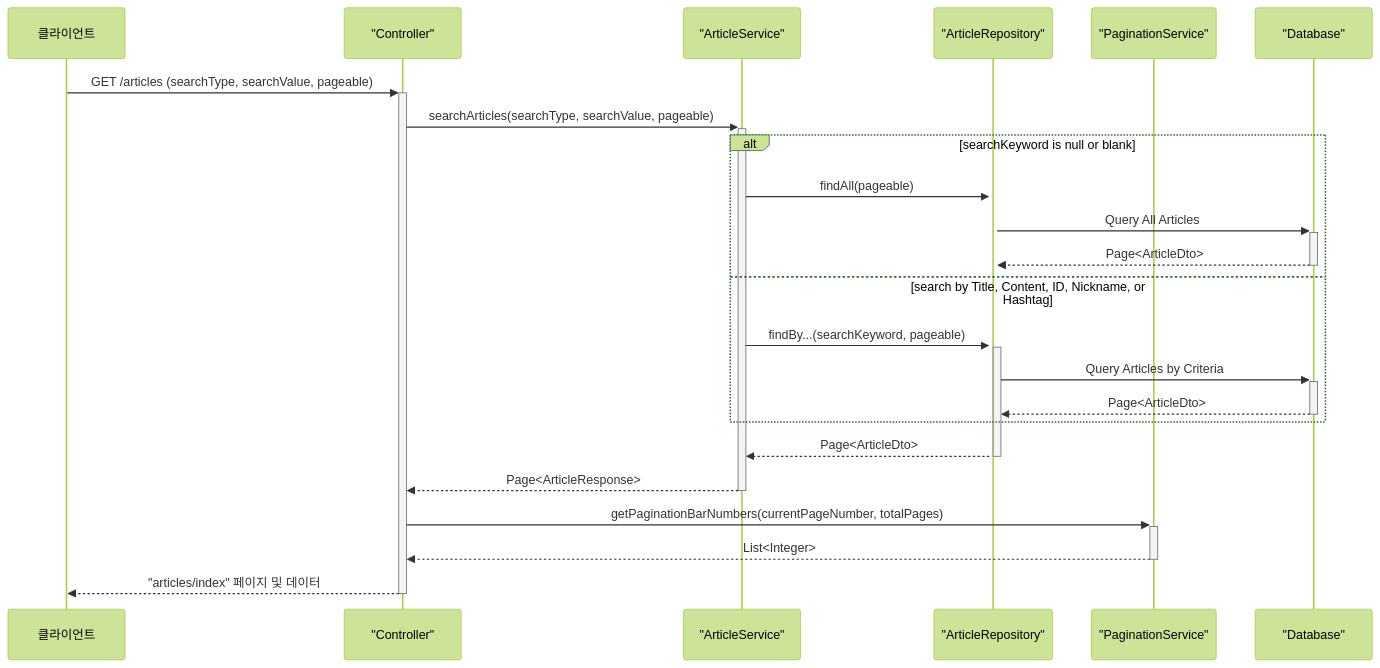
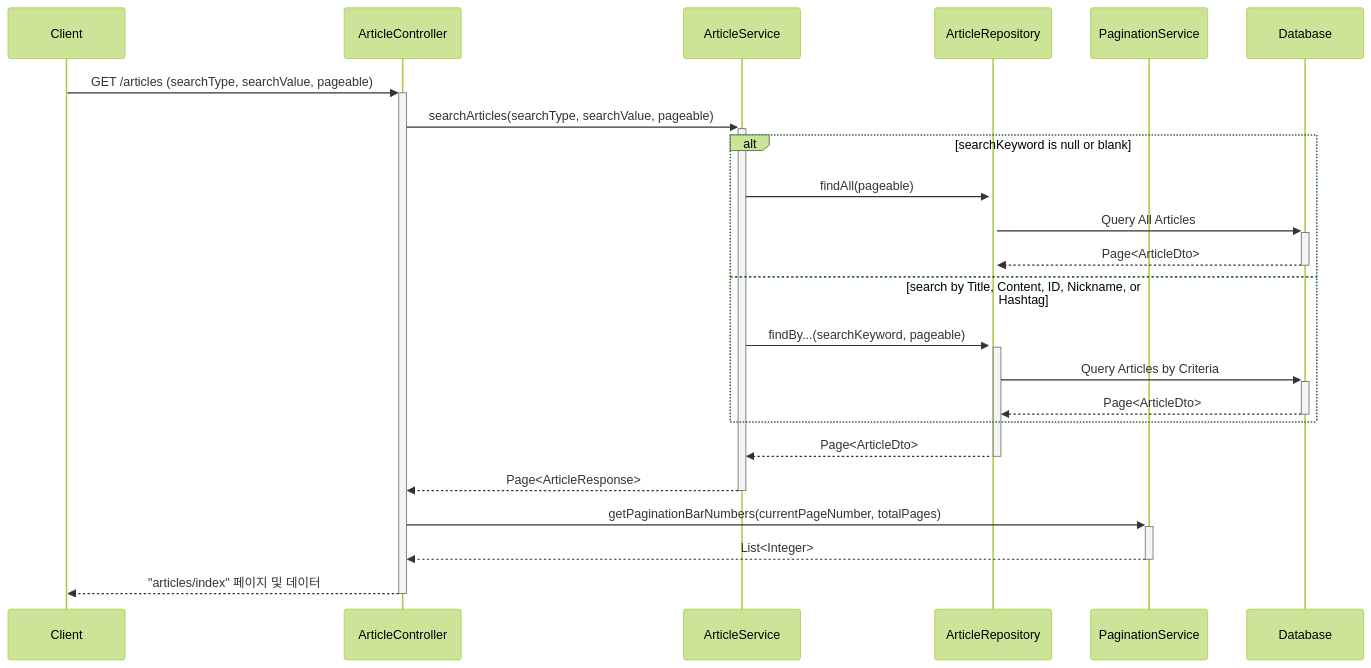
One commit to flyingRKO/study-project changed the third of 9 diagrams in README.md. Above: the diagram before and after it, drawn with Mermaid (forest theme). The commit also changed other lines of this file, not shown here.

````diff
--- a/README.md
+++ b/README.md
@@ -106,26 +96,26 @@
 ```mermaid
 sequenceDiagram
-    participant 클라이언트
-    participant 컨트롤러 as "Controller"
-    participant 아티클서비스 as "ArticleService"
-    participant 아티클리포지토리 as "ArticleRepository"
-    participant 페이지네이션서비스 as "PaginationService"
-    participant 데이터베이스 as "Database"
+    participant 클라이언트 as Client
+    participant 컨트롤러 as ArticleController
+    participant 아티클서비스 as ArticleService
+    participant 아티클리포지토리 as ArticleRepository
+    participant 페이지네이션서비스 as PaginationService
+    participant 데이터베이스 as Database
 
     클라이언트->>+컨트롤러: GET /articles (searchType, searchValue, pageable)
     컨트롤러->>+아티클서비스: searchArticles(searchType, searchValue, pageable)
     alt searchKeyword is null or blank
         아티클서비스->>+아티클리포지토리: findAll(pageable)
         아티클리포지토리->>+데이터베이스: Query All Articles
         데이터베이스-->>-아티클리포지토리: Page<ArticleDto>
     else search by Title, Content, ID, Nickname, or Hashtag
         아티클서비스->>+아티클리포지토리: findBy...(searchKeyword, pageable)
         아티클리포지토리->>+데이터베이스: Query Articles by Criteria
         데이터베이스-->>-아티클리포지토리: Page<ArticleDto>
     end
     아티클리포지토리-->>-아티클서비스: Page<ArticleDto>
     아티클서비스-->>-컨트롤러: Page<ArticleResponse>
     컨트롤러->>+페이지네이션서비스: getPaginationBarNumbers(currentPageNumber, totalPages)
     페이지네이션서비스-->>-컨트롤러: List<Integer>
     컨트롤러-->>-클라이언트: "articles/index" 페이지 및 데이터
 ```
````
